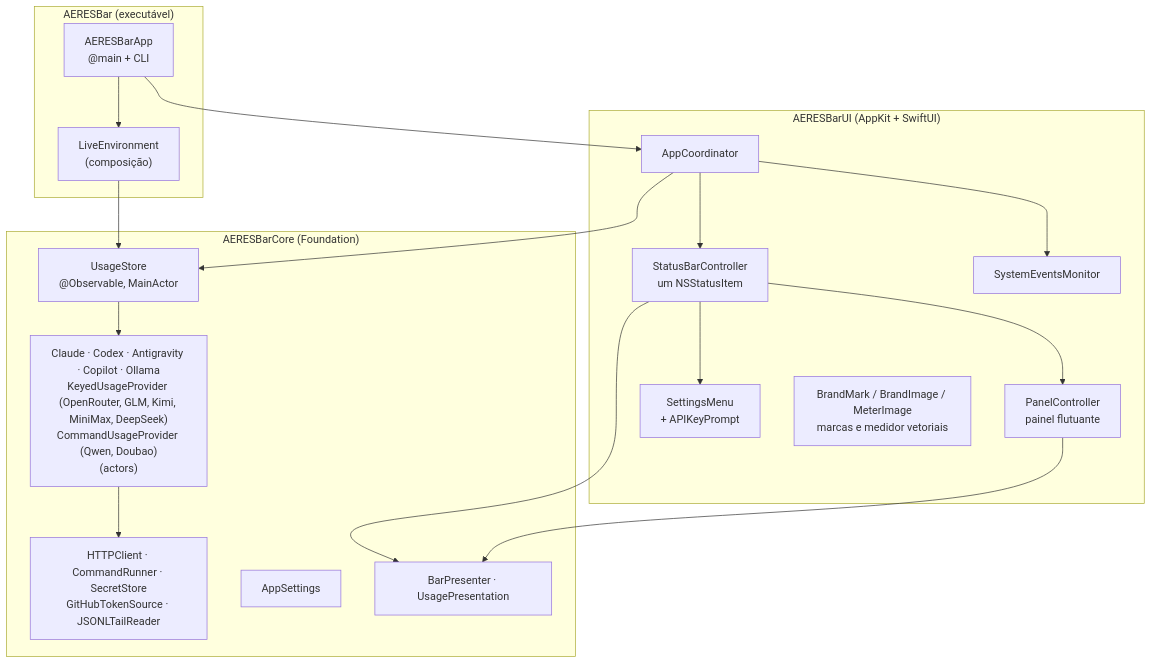
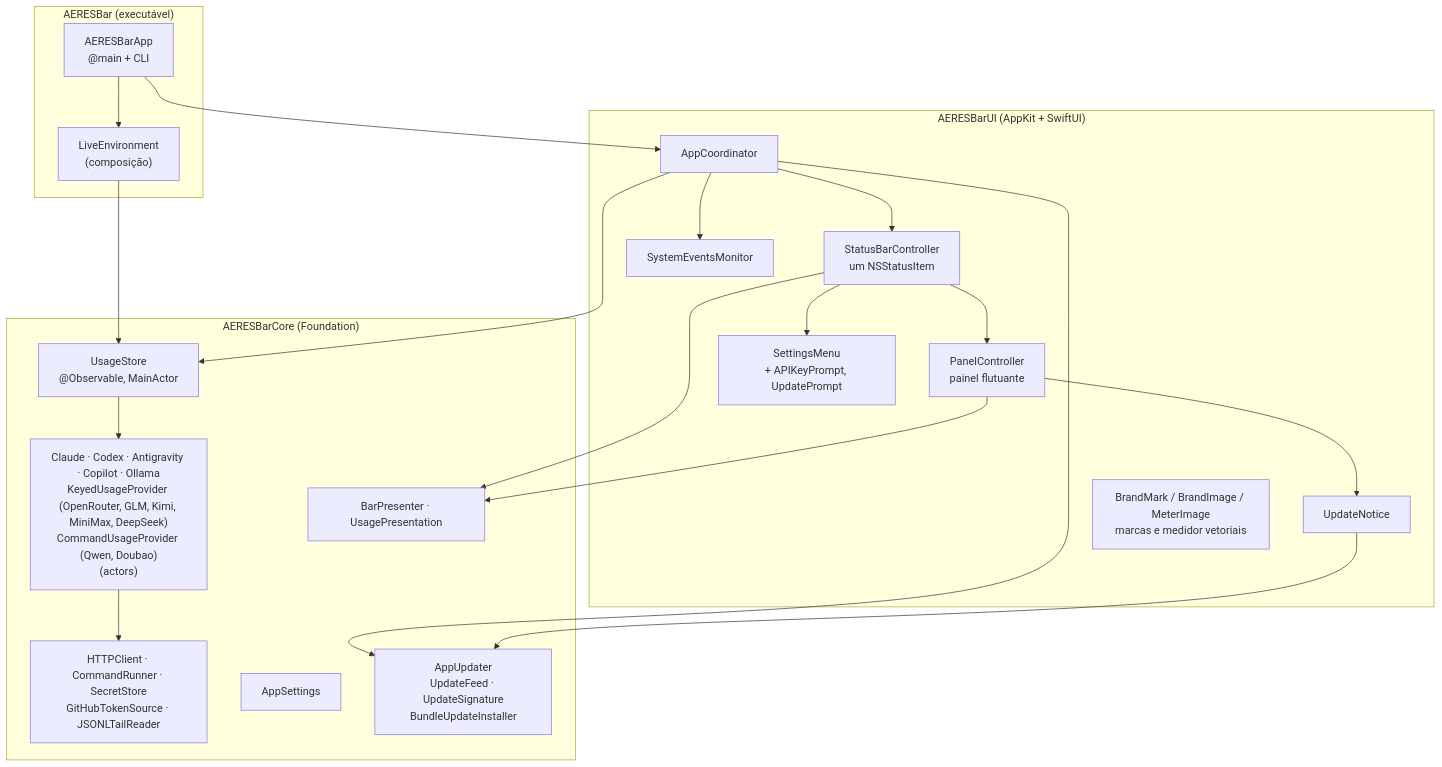
Before and after one commit to aeresdigital/aeres-bar: the first of 2 diagrams in docs/ARCHITECTURE.md, drawn with Mermaid. The commit also changed other lines of this file and 5 other files, not shown here.

````diff
--- a/docs/ARCHITECTURE.md
+++ b/docs/ARCHITECTURE.md
@@ -7,24 +7,28 @@
 ```mermaid
 flowchart TB
     subgraph App["AERESBar (executável)"]
         Main["AERESBarApp<br/>@main + CLI"] --> Live["LiveEnvironment<br/>(composição)"]
     end
     subgraph UI["AERESBarUI (AppKit + SwiftUI)"]
         Coord["AppCoordinator"] --> Bar["StatusBarController<br/>um NSStatusItem"]
         Bar --> Panel["PanelController<br/>painel flutuante"]
-        Bar --> Menu["SettingsMenu<br/>+ APIKeyPrompt"]
+        Bar --> Menu["SettingsMenu<br/>+ APIKeyPrompt, UpdatePrompt"]
+        Panel --> Notice["UpdateNotice"]
         Coord --> Events["SystemEventsMonitor"]
         Brand["BrandMark / BrandImage / MeterImage<br/>marcas e medidor vetoriais"]
     end
     subgraph Core["AERESBarCore (Foundation)"]
         Store["UsageStore<br/>@Observable, MainActor"] --> Providers
         Providers["Claude · Codex · Antigravity · Copilot · Ollama<br/>KeyedUsageProvider (OpenRouter, GLM, Kimi, MiniMax, DeepSeek)<br/>CommandUsageProvider (Qwen, Doubao)<br/>(actors)"] --> Infra["HTTPClient · CommandRunner · SecretStore<br/>GitHubTokenSource · JSONLTailReader"]
         Settings["AppSettings"]
         Presentation["BarPresenter · UsagePresentation"]
+        Updater["AppUpdater<br/>UpdateFeed · UpdateSignature<br/>BundleUpdateInstaller"]
     end
     Live --> Store
     Main --> Coord
     Coord --> Store
     Bar --> Presentation
     Panel --> Presentation
+    Coord --> Updater
+    Notice --> Updater
 ```
````
